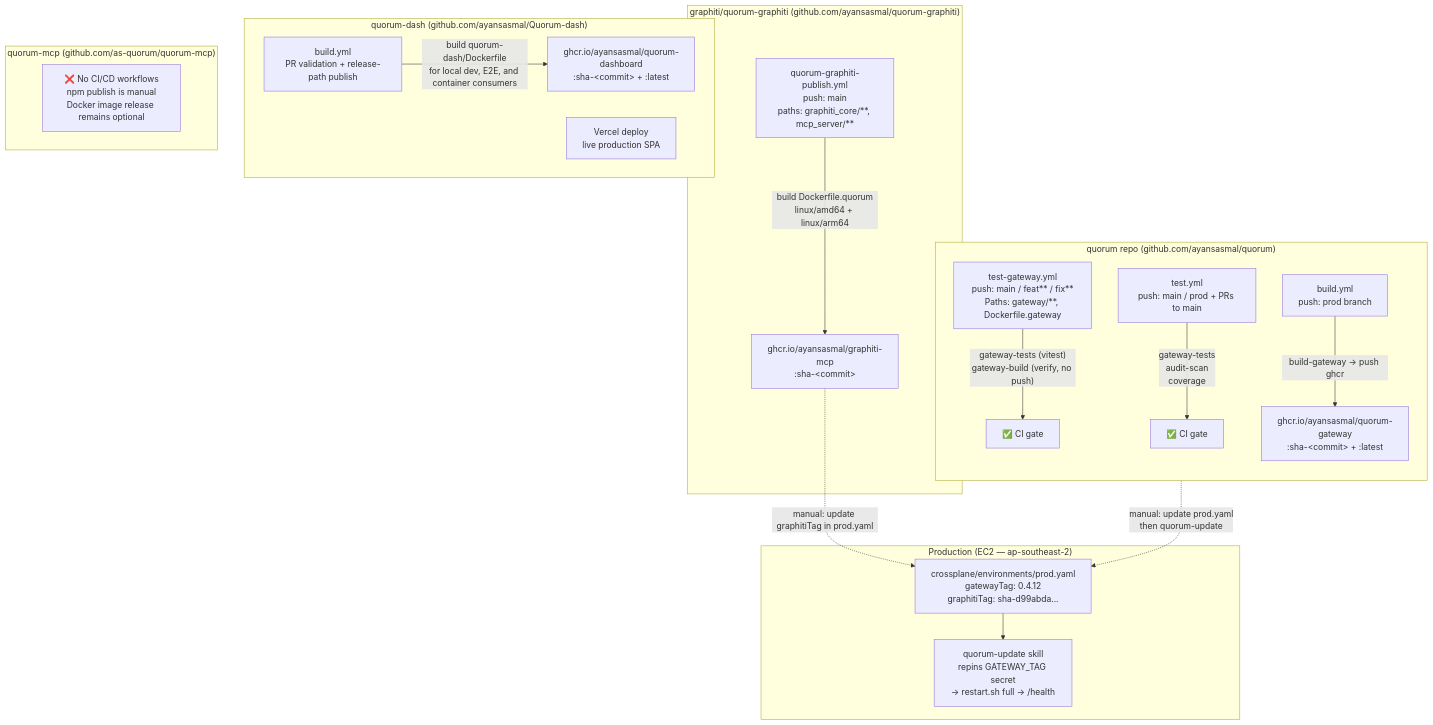
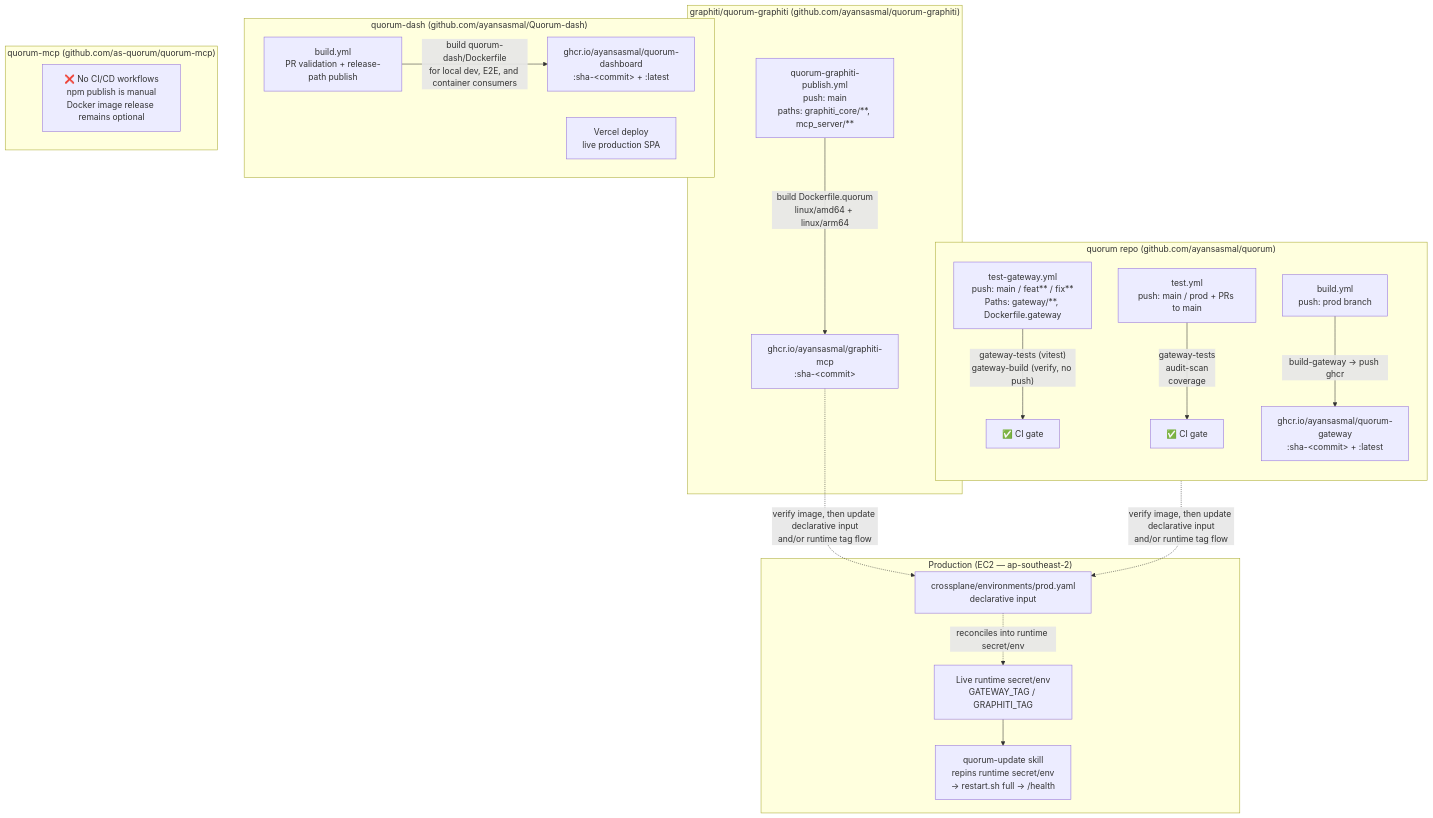
The second of 6 diagrams in docs/CICD-DEPLOYMENT.md (ayansasmal/quorum), drawn with Mermaid before and after one commit. The commit also changed other lines of this file and 1 other file, not shown here.

Commit message:
docs: clarify runtime deployment sources

````diff
--- a/docs/CICD-DEPLOYMENT.md
+++ b/docs/CICD-DEPLOYMENT.md
@@ -87,37 +87,39 @@
 ```mermaid
 flowchart TD
     subgraph quorum["quorum repo (github.com/ayansasmal/quorum)"]
         direction TB
         T1["test-gateway.yml\npush: main / feat** / fix**\nPaths: gateway/**, Dockerfile.gateway"]
         T2["test.yml\npush: main / prod + PRs to main"]
         B1["build.yml\npush: prod branch"]
 
         T1 -->|"gateway-tests (vitest)\ngateway-build (verify, no push)"| CI1["✅ CI gate"]
         T2 -->|"gateway-tests\naudit-scan\ncoverage"| CI2["✅ CI gate"]
         B1 -->|"build-gateway → push ghcr"| GW_IMG["ghcr.io/ayansasmal/quorum-gateway\n:sha-&lt;commit&gt; + :latest"]
     end
 
     subgraph fork["graphiti/quorum-graphiti (github.com/ayansasmal/quorum-graphiti)"]
         FCI["quorum-graphiti-publish.yml\npush: main\npaths: graphiti_core/**, mcp_server/**"]
         FCI -->|"build Dockerfile.quorum\nlinux/amd64 + linux/arm64"| GR_IMG["ghcr.io/ayansasmal/graphiti-mcp\n:sha-&lt;commit&gt;"]
     end
 
     subgraph dash["quorum-dash (github.com/ayansasmal/Quorum-dash)"]
         DCI["build.yml\nPR validation + release-path publish"]
         DCI -->|"build quorum-dash/Dockerfile\nfor local dev, E2E, and container consumers"| DASH_IMG["ghcr.io/ayansasmal/quorum-dashboard\n:sha-&lt;commit&gt; + :latest"]
         VERCEL["Vercel deploy\nlive production SPA"]
     end
 
     subgraph mcp["quorum-mcp (github.com/as-quorum/quorum-mcp)"]
         NO_MCP_CI["❌ No CI/CD workflows\nnpm publish is manual\nDocker image release remains optional"]
     end
 
     subgraph prod["Production (EC2 — ap-southeast-2)"]
-        PIN["crossplane/environments/prod.yaml\ngatewayTag: 0.4.12\ngraphitiTag: sha-d99abda..."]
-        SKILL["quorum-update skill\nrepins GATEWAY_TAG secret\n→ restart.sh full → /health"]
+        DECL["crossplane/environments/prod.yaml\ndeclarative input"]
+        PIN["Live runtime secret/env\nGATEWAY_TAG / GRAPHITI_TAG"]
+        SKILL["quorum-update skill\nrepins runtime secret/env\n→ restart.sh full → /health"]
     end
 
-    GW_IMG -.->|"manual: update prod.yaml\nthen quorum-update"| PIN
-    GR_IMG -.->|"manual: update graphitiTag in prod.yaml"| PIN
+    GW_IMG -.->|"verify image, then update declarative input\nand/or runtime tag flow"| DECL
+    GR_IMG -.->|"verify image, then update declarative input\nand/or runtime tag flow"| DECL
+    DECL -.->|"reconciles into runtime secret/env"| PIN
     PIN --> SKILL
 ```
````
